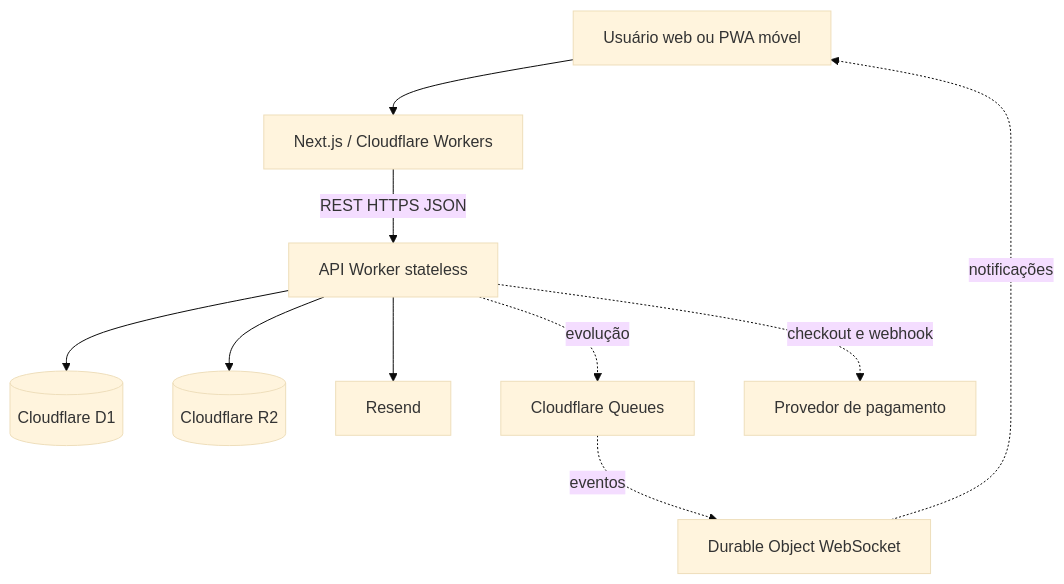
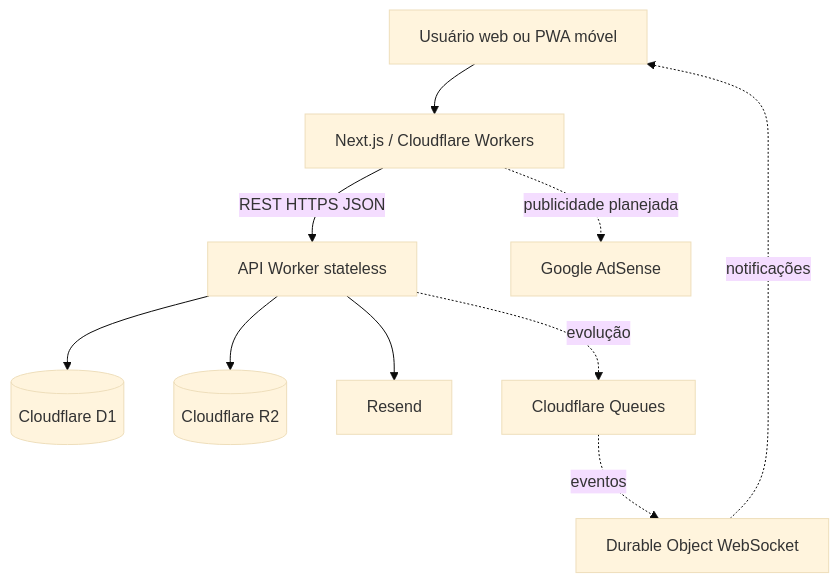
Before and after one commit to pitado/receitando: the first of 2 diagrams in docs/system-design-fase4.md, drawn with Mermaid (base theme). The commit also changed other lines of this file, not shown here.

Commit message:
docs: substitui checkout hipotético por decisão de monetização via AdSense

````diff
--- a/docs/system-design-fase4.md
+++ b/docs/system-design-fase4.md
@@ -18,12 +18,12 @@
 ```mermaid
 flowchart TB
     U[Usuário web ou PWA móvel] --> FE[Next.js / Cloudflare Workers]
     FE -->|REST HTTPS JSON| API[API Worker stateless]
     API --> DB[(Cloudflare D1)]
     API --> IMG[(Cloudflare R2)]
     API --> EMAIL[Resend]
     API -. evolução .-> Q[Cloudflare Queues]
     Q -. eventos .-> DO[Durable Object WebSocket]
     DO -. notificações .-> U
-    API -. checkout e webhook .-> PAY[Provedor de pagamento]
+    FE -. publicidade planejada .-> ADS[Google AdSense]
 ```
````
